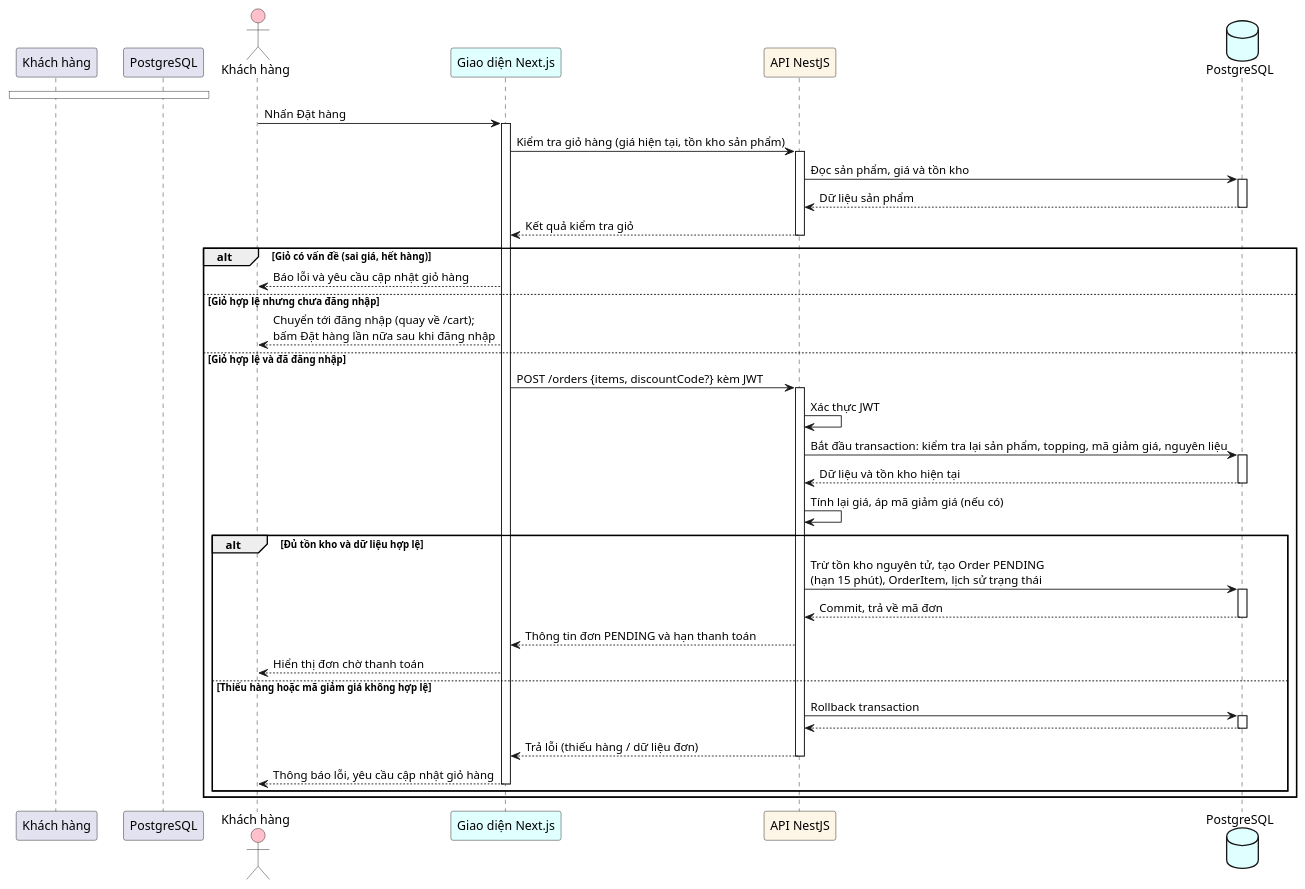
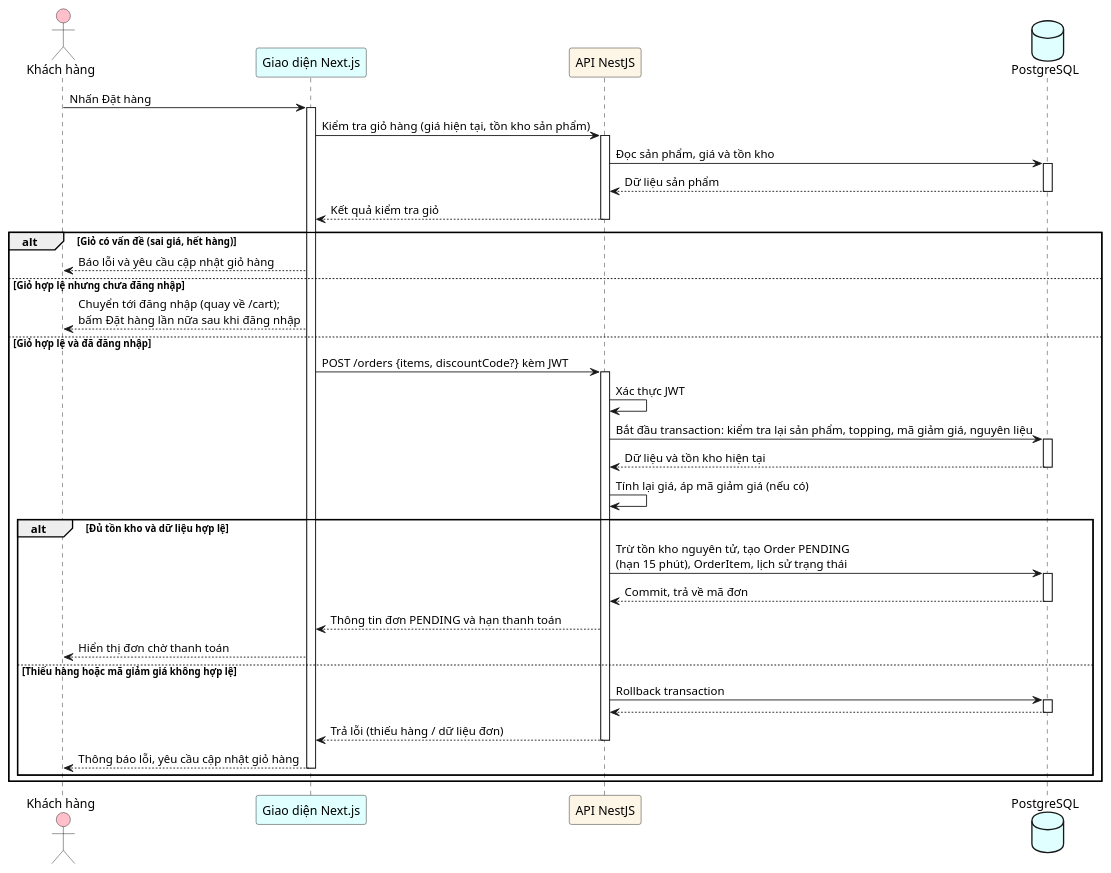
One commit to ThanhTuyencr30/BrewLite_A2 changed the diagram in docs/diagrams/sequence-checkout.puml. Above: the diagram before and after it, drawn with PlantUML. The commit also changed 6 other files, not shown here.

Commit message:
docs: add architecture records and update diagrams

```diff
--- a/docs/diagrams/sequence-checkout.puml
+++ b/docs/diagrams/sequence-checkout.puml
@@ -1,68 +1,64 @@
 @startuml
 skinparam BoxPadding 10
 skinparam ParticipantPadding 10
-
-rnote over "Khách hàng", "PostgreSQL" #White
-
-end rnote
 
 actor "Khách hàng" as Customer #Pink
 participant "Giao diện Next.js" as NextJS #LightCyan
 participant "API NestJS" as NestJS #OldLace
 database "PostgreSQL" as Postgres #LightCyan
 
 Customer -> NextJS : Nhấn Đặt hàng
 activate NextJS
 
 NextJS -> NestJS : Kiểm tra giỏ hàng (giá hiện tại, tồn kho sản phẩm)
 activate NestJS
 
 NestJS -> Postgres : Đọc sản phẩm, giá và tồn kho
 activate Postgres
 Postgres --> NestJS : Dữ liệu sản phẩm
 deactivate Postgres
 
 NestJS --> NextJS : Kết quả kiểm tra giỏ
 deactivate NestJS
 
 alt Giỏ có vấn đề (sai giá, hết hàng)
     NextJS --> Customer : Báo lỗi và yêu cầu cập nhật giỏ hàng
 
 else Giỏ hợp lệ nhưng chưa đăng nhập
     NextJS --> Customer : Chuyển tới đăng nhập (quay về /cart);\nbấm Đặt hàng lần nữa sau khi đăng nhập
 
 else Giỏ hợp lệ và đã đăng nhập
     NextJS -> NestJS : POST /orders {items, discountCode?} kèm JWT
     activate NestJS
 
     NestJS -> NestJS : Xác thực JWT
     NestJS -> Postgres : Bắt đầu transaction: kiểm tra lại sản phẩm, topping, mã giảm giá, nguyên liệu
     activate Postgres
     Postgres --> NestJS : Dữ liệu và tồn kho hiện tại
     deactivate Postgres
 
     NestJS -> NestJS : Tính lại giá, áp mã giảm giá (nếu có)
 
     alt Đủ tồn kho và dữ liệu hợp lệ
         NestJS -> Postgres : Trừ tồn kho nguyên tử, tạo Order PENDING\n(hạn 15 phút), OrderItem, lịch sử trạng thái
         activate Postgres
         Postgres --> NestJS : Commit, trả về mã đơn
         deactivate Postgres
 
         NestJS --> NextJS : Thông tin đơn PENDING và hạn thanh toán
         NextJS --> Customer : Hiển thị đơn chờ thanh toán
 
     else Thiếu hàng hoặc mã giảm giá không hợp lệ
         NestJS -> Postgres : Rollback transaction
         activate Postgres
-        Postgres --> NestJS :
+        Postgres --> NestJS
         deactivate Postgres
 
         NestJS --> NextJS : Trả lỗi (thiếu hàng / dữ liệu đơn)
         deactivate NestJS
         NextJS --> Customer : Thông báo lỗi, yêu cầu cập nhật giỏ hàng
         deactivate NextJS
     end
 end
 
 @enduml
```
